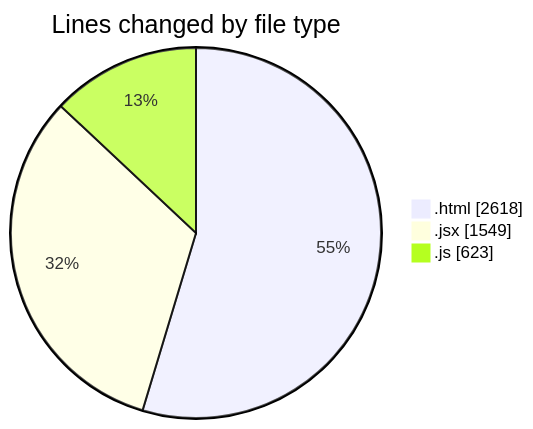
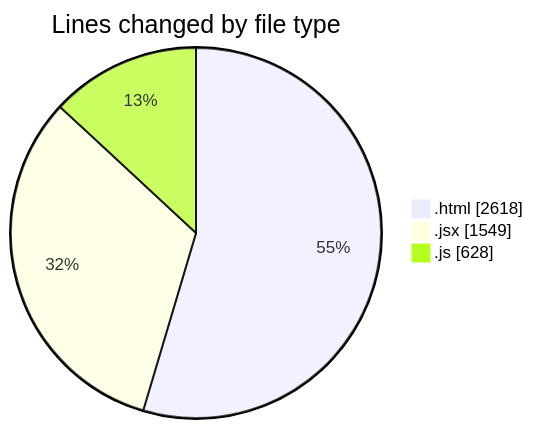
The first of 2 diagrams in 2025-08-08/nxtqube_webapp/README.md (nxtqubesakshisongat/code-tracking), drawn with Mermaid before and after one commit. The commit also changed other lines of this file and 1 other file, not shown here.

````diff
--- a/2025-08-08/nxtqube_webapp/README.md
+++ b/2025-08-08/nxtqube_webapp/README.md
@@ -23,7 +23,7 @@
 ```mermaid
 pie showData
 title Lines changed by file type
 ".html" : 2618
 ".jsx" : 1549
-".js" : 623
+".js" : 628
 ```
````
